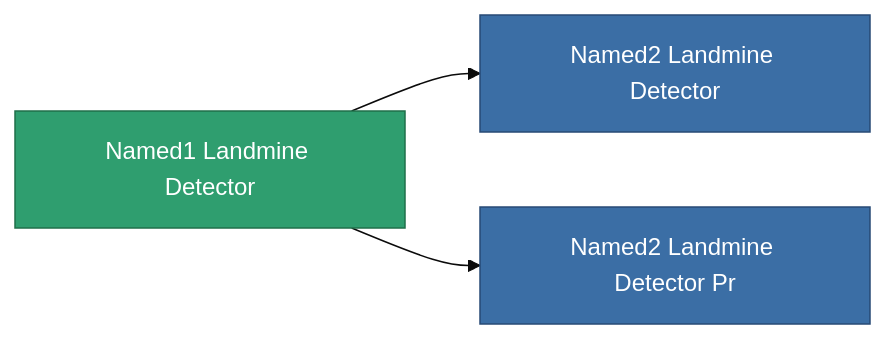
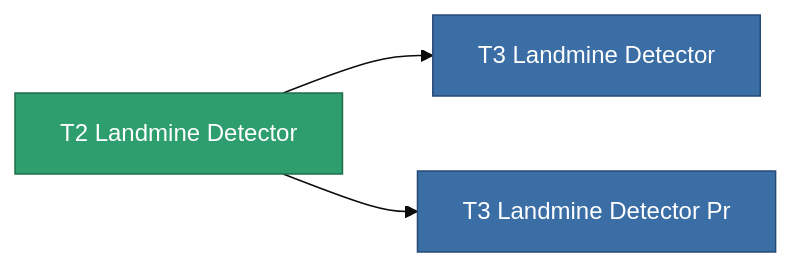
One commit to OpenPerpetuum/Wiki changed the diagram in content/content/items/named1_landmine_detector.md. Above: the diagram before and after it, drawn with Mermaid (base theme). The commit also changed other lines of this file and 4904 other files, not shown here.

````diff
--- a/content/content/items/named1_landmine_detector.md
+++ b/content/content/items/named1_landmine_detector.md
@@ -58,13 +46,13 @@
 ```mermaid
 graph LR
-    a["Named1 Landmine Detector"]:::current
-    b["Named2 Landmine Detector"]:::prod
+    a["T2 Landmine Detector"]:::current
+    b["T3 Landmine Detector"]:::prod
     a --> b
-    click b "/content/items/named2-landmine-detector/" "Named2 Landmine Detector"
-    c["Named2 Landmine Detector Pr"]:::prod
+    click b "/content/items/named2-landmine-detector/" "T3 Landmine Detector"
+    c["T3 Landmine Detector Pr"]:::prod
     a --> c
-    click c "/content/items/named2-landmine-detector-pr/" "Named2 Landmine Detector Pr"
+    click c "/content/items/named2-landmine-detector-pr/" "T3 Landmine Detector Pr"
     classDef current fill:#2f9e6f,stroke:#1f6f4a,color:#ffffff
     classDef prod fill:#3b6ea5,stroke:#274a75,color:#ffffff
     classDef more fill:#39445a,stroke:#54658a,color:#d5dbe8
 ```
````
